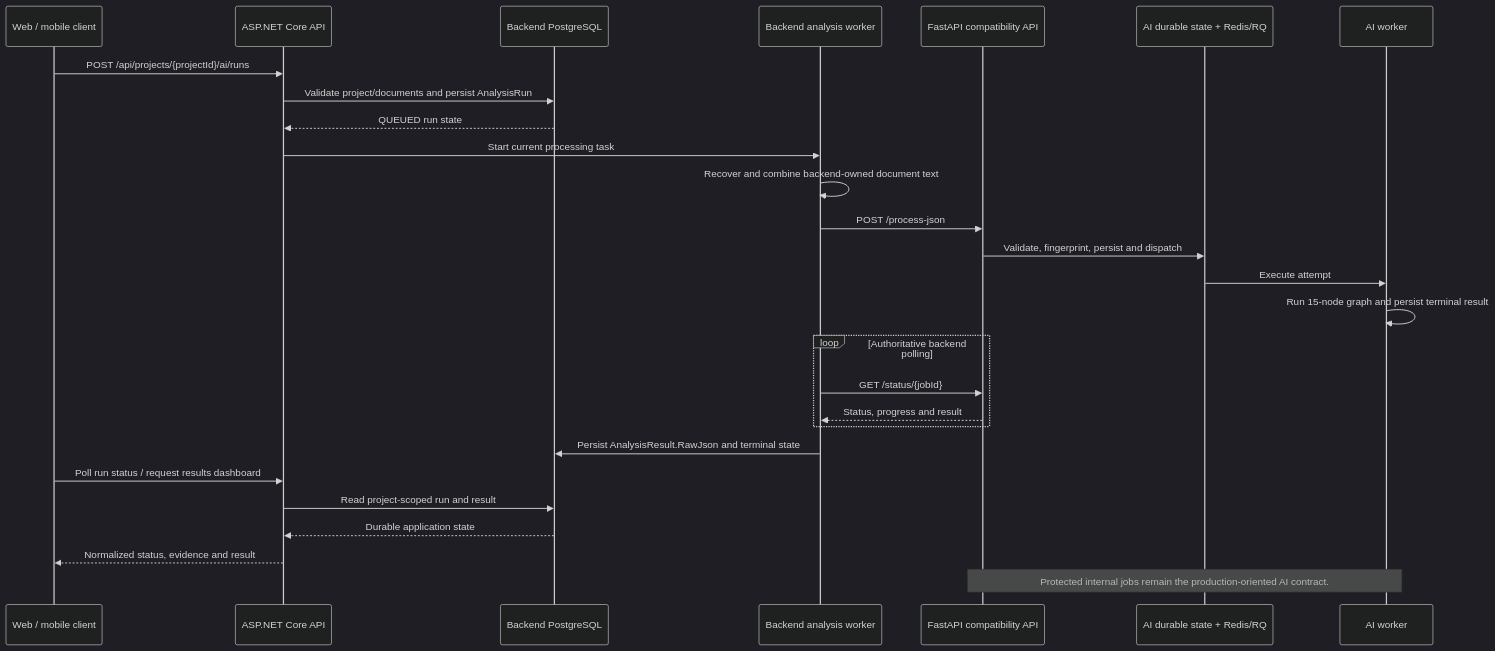
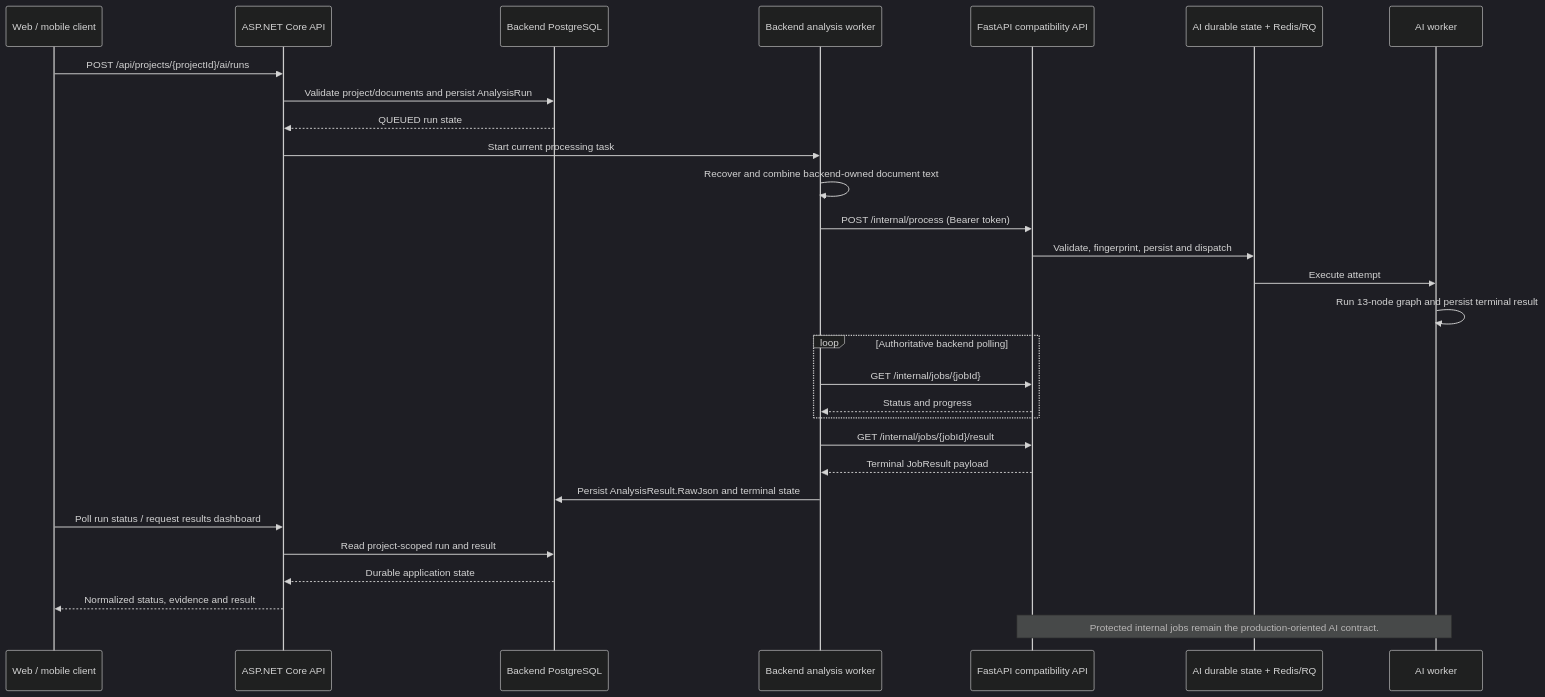
The diagram in profile/diagrams/analysis-sequence.mmd (Requra/.github), drawn with Mermaid (dark theme) before and after one commit. The commit also changed 8 other files, not shown here.

```diff
--- a/profile/diagrams/analysis-sequence.mmd
+++ b/profile/diagrams/analysis-sequence.mmd
@@ -1,29 +1,31 @@
 sequenceDiagram
     participant C as Web / mobile client
     participant B as ASP.NET Core API
     participant D as Backend PostgreSQL
     participant W as Backend analysis worker
     participant A as FastAPI compatibility API
     participant Q as AI durable state + Redis/RQ
     participant G as AI worker
 
     C->>B: POST /api/projects/{projectId}/ai/runs
     B->>D: Validate project/documents and persist AnalysisRun
     D-->>B: QUEUED run state
     B->>W: Start current processing task
     W->>W: Recover and combine backend-owned document text
-    W->>A: POST /process-json
+    W->>A: POST /internal/process (Bearer token)
     A->>Q: Validate, fingerprint, persist and dispatch
     Q->>G: Execute attempt
-    G->>G: Run 15-node graph and persist terminal result
+    G->>G: Run 13-node graph and persist terminal result
     loop Authoritative backend polling
-        W->>A: GET /status/{jobId}
-        A-->>W: Status, progress and result
+        W->>A: GET /internal/jobs/{jobId}
+        A-->>W: Status and progress
     end
+    W->>A: GET /internal/jobs/{jobId}/result
+    A-->>W: Terminal JobResult payload
     W->>D: Persist AnalysisResult.RawJson and terminal state
     C->>B: Poll run status / request results dashboard
     B->>D: Read project-scoped run and result
     D-->>B: Durable application state
     B-->>C: Normalized status, evidence and result
 
     Note over A,G: Protected internal jobs remain the production-oriented AI contract.
```
